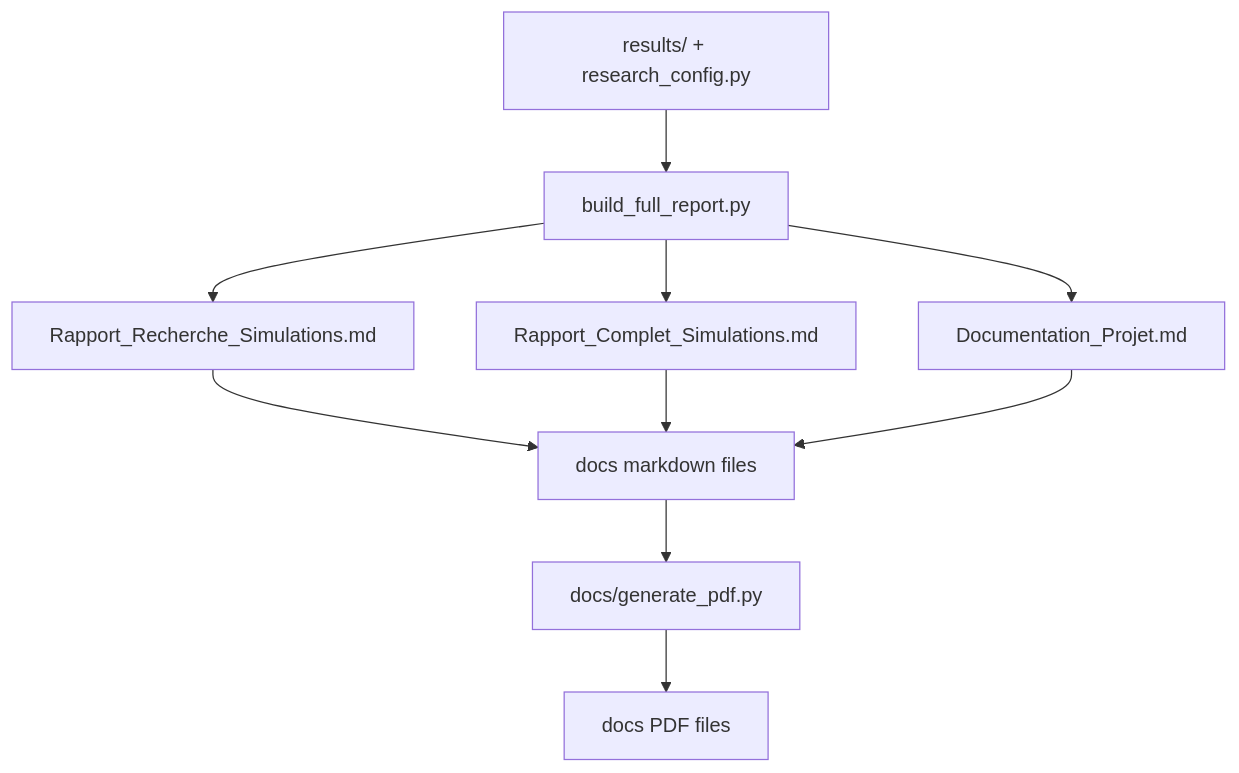
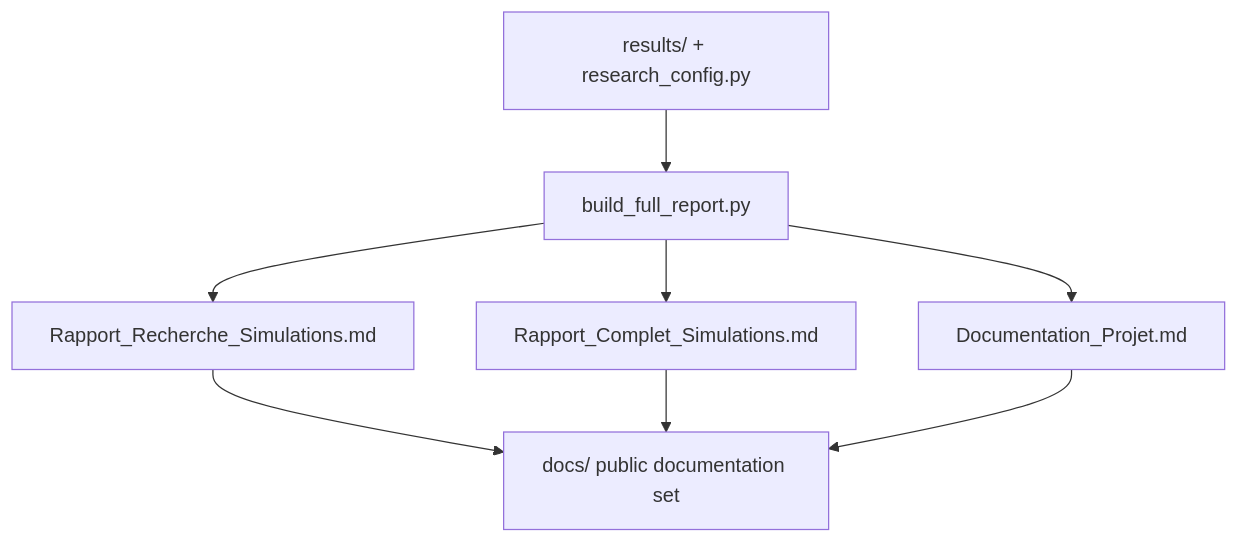
The third of 4 diagrams in docs/Code_Architecture.md (Tresorkaseka/Deantologie_researchpaper_simulation), drawn with Mermaid before and after one commit. The commit also changed other lines of this file and 10 other files, not shown here.

````diff
--- a/docs/Code_Architecture.md
+++ b/docs/Code_Architecture.md
@@ -92,12 +92,10 @@
 ```mermaid
 flowchart TD
     INPUT["results/ + research_config.py"] --> BUILD["build_full_report.py"]
     BUILD --> R1["Rapport_Recherche_Simulations.md"]
     BUILD --> R2["Rapport_Complet_Simulations.md"]
     BUILD --> R3["Documentation_Projet.md"]
-    R1 --> DOCS["docs markdown files"]
+    R1 --> DOCS["docs/ public documentation set"]
     R2 --> DOCS
     R3 --> DOCS
-    DOCS --> PDF["docs/generate_pdf.py"]
-    PDF --> OUT["docs PDF files"]
 ```
````
